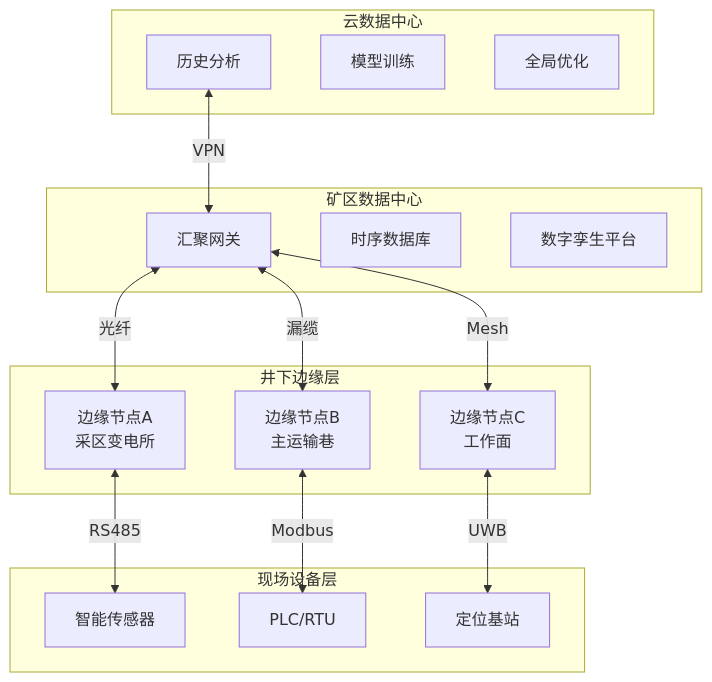
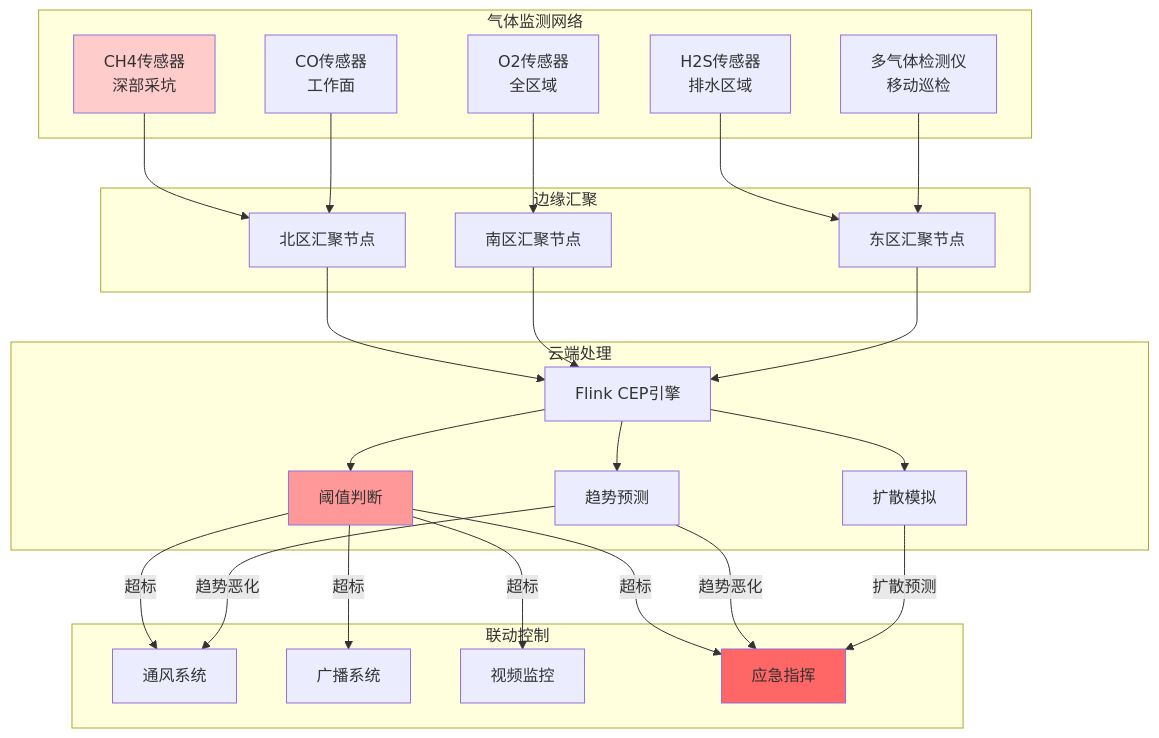
The sixth of 7 diagrams in Flink-IoT-Authority-Alignment/Phase-11-Mining-Oil-Gas/case-mining-oilgas-complete.md (AdaMartin18010/AnalysisDataFlow), drawn with Mermaid before and after one commit. The commit also changed other lines of this file and 3 other files, not shown here.

````diff
--- a/Flink-IoT-Authority-Alignment/Phase-11-Mining-Oil-Gas/case-mining-oilgas-complete.md
+++ b/Flink-IoT-Authority-Alignment/Phase-11-Mining-Oil-Gas/case-mining-oilgas-complete.md
@@ -733,35 +3640,45 @@
 ```mermaid
 graph TB
-    subgraph 云中心[云数据中心]
-        C1[历史分析]
-        C2[模型训练]
-        C3[全局优化]
+    subgraph "气体监测网络"
+        G1[CH4传感器<br/>深部采坑]
+        G2[CO传感器<br/>工作面]
+        G3[O2传感器<br/>全区域]
+        G4[H2S传感器<br/>排水区域]
+        G5[多气体检测仪<br/>移动巡检]
     end
 
-    subgraph 矿区中心[矿区数据中心]
-        M1[汇聚网关]
-        M2[时序数据库]
-        M3[数字孪生平台]
+    subgraph "边缘汇聚"
+        E1[北区汇聚节点]
+        E2[南区汇聚节点]
+        E3[东区汇聚节点]
     end
 
-    subgraph 井下边缘[井下边缘层]
-        E1[边缘节点A<br/>采区变电所]
-        E2[边缘节点B<br/>主运输巷]
-        E3[边缘节点C<br/>工作面]
+    subgraph "云端处理"
+        C1[Flink CEP引擎]
+        C2[阈值判断]
+        C3[趋势预测]
+        C4[扩散模拟]
     end
 
-    subgraph 现场设备[现场设备层]
-        D1[智能传感器]
-        D2[PLC/RTU]
-        D3[定位基站]
+    subgraph "联动控制"
+        L1[通风系统]
+        L2[广播系统]
+        L3[视频监控]
+        L4[应急指挥]
     end
 
-    C1 <--VPN--> M1
-    M1 <--光纤--> E1
-    M1 <--漏缆--> E2
-    M1 <--Mesh--> E3
+    G1 & G2 --> E1
+    G3 --> E2
+    G4 & G5 --> E3
 
-    E1 <--RS485--> D1
-    E2 <--Modbus--> D2
-    E3 <--UWB--> D3
+    E1 & E2 & E3 --> C1
+    C1 --> C2 & C3 & C4
+
+    C2 -->|超标| L1 & L2 & L3 & L4
+    C3 -->|趋势恶化| L1 & L4
+    C4 -->|扩散预测| L4
+
+    style G1 fill:#ffcccc
+    style C2 fill:#ff9999
+    style L4 fill:#ff6666
 ```
````
